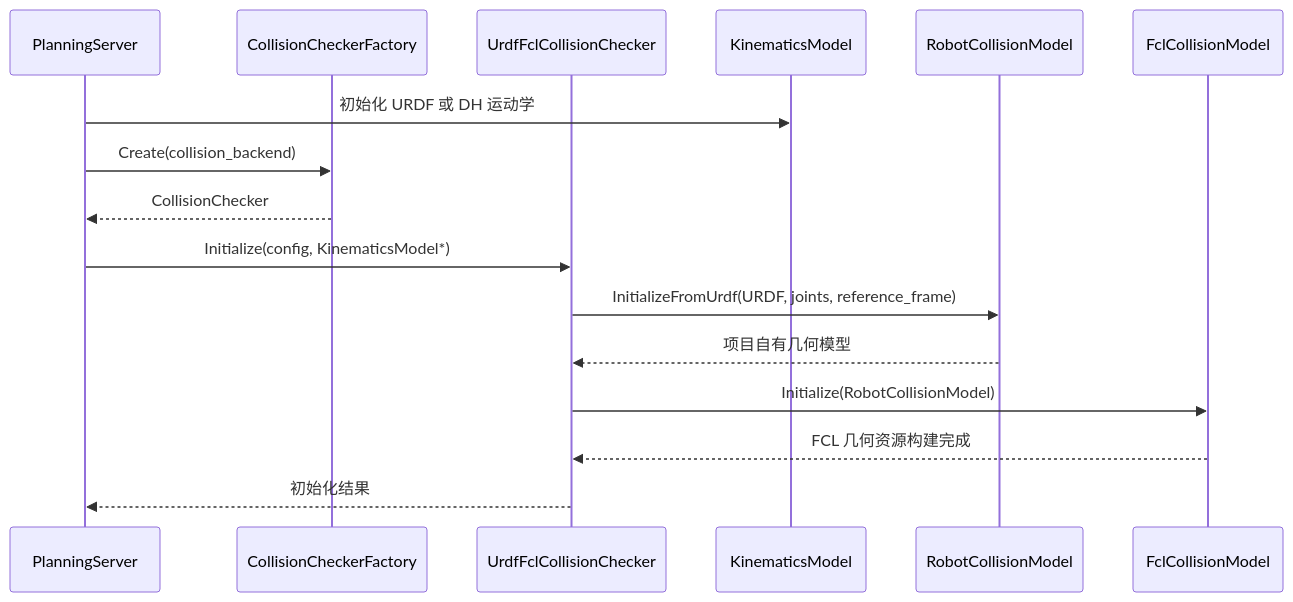
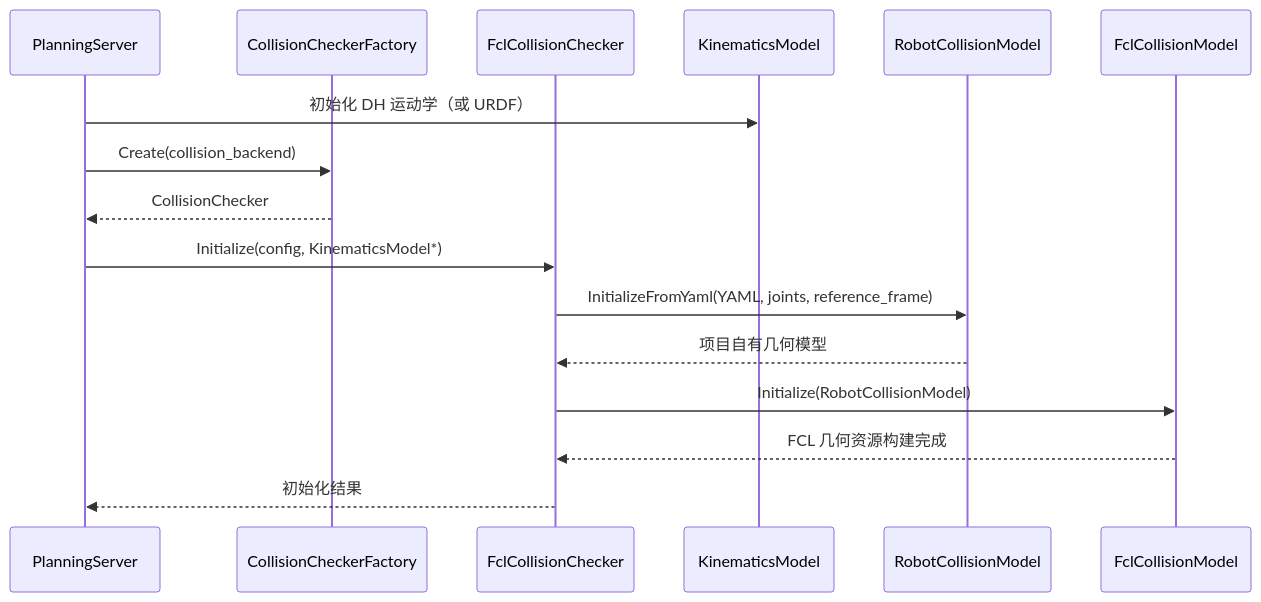
One commit to Polaris-zhj/excavator_motion_planning changed the second of 4 diagrams in docs/collision_detection_design.md. Above: the diagram before and after it, drawn with Mermaid. The commit also changed other lines of this file and 468 other files, not shown here.

````diff
--- a/docs/collision_detection_design.md
+++ b/docs/collision_detection_design.md
@@ -176,19 +218,19 @@
 ```mermaid
 sequenceDiagram
     participant P as PlanningServer
     participant F as CollisionCheckerFactory
-    participant C as UrdfFclCollisionChecker
+    participant C as FclCollisionChecker
     participant K as KinematicsModel
     participant R as RobotCollisionModel
     participant A as FclCollisionModel
 
-    P->>K: 初始化 URDF 或 DH 运动学
+    P->>K: 初始化 DH 运动学（或 URDF）
     P->>F: Create(collision_backend)
     F-->>P: CollisionChecker
     P->>C: Initialize(config, KinematicsModel*)
-    C->>R: InitializeFromUrdf(URDF, joints, reference_frame)
+    C->>R: InitializeFromYaml(YAML, joints, reference_frame)
     R-->>C: 项目自有几何模型
     C->>A: Initialize(RobotCollisionModel)
     A-->>C: FCL 几何资源构建完成
     C-->>P: 初始化结果
 ```
````
